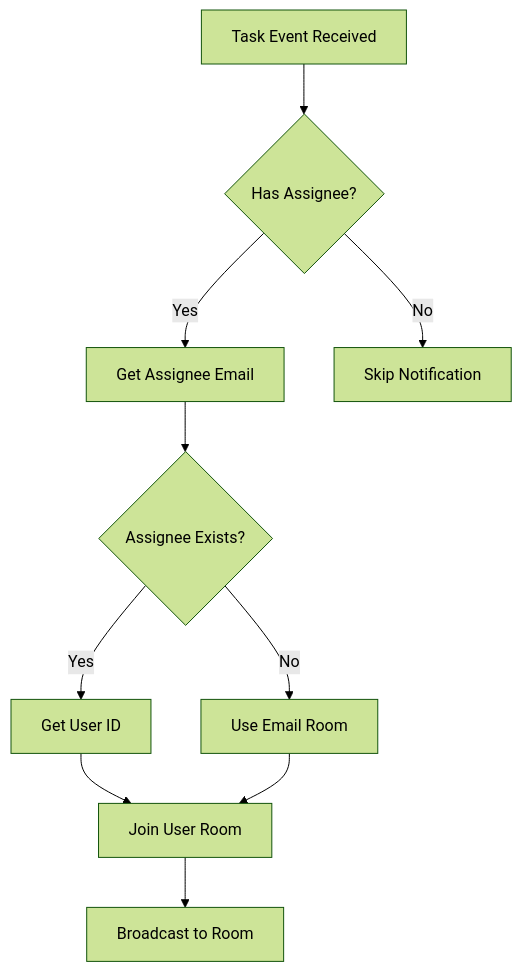
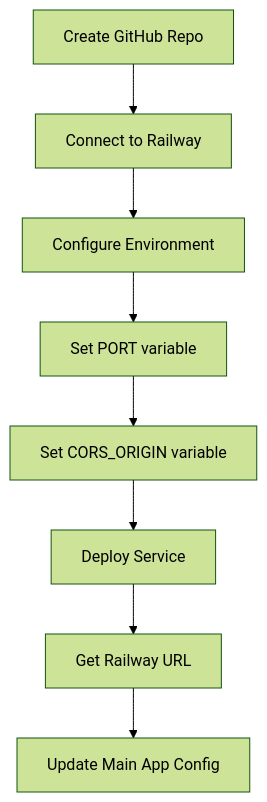
One commit to anshsharmacse/taskflow-socket changed the seventh of 11 diagrams in README.md. Above: the diagram before and after it, drawn with Mermaid (forest theme). The commit also changed other lines of this file, not shown here.

````diff
--- a/README.md
+++ b/README.md
@@ -207,12 +299,10 @@
 ```mermaid
 flowchart TD
-    A[Task Event Received] --> B{Has Assignee?}
-    B -->|Yes| C[Get Assignee Email]
-    B -->|No| D[Skip Notification]
-    C --> E{Assignee Exists?}
-    E -->|Yes| F[Get User ID]
-    E -->|No| G[Use Email Room]
-    F --> H[Join User Room]
-    G --> H
-    H --> I[Broadcast to Room]
+    A[Create GitHub Repo] --> B[Connect to Railway]
+    B --> C[Configure Environment]
+    C --> D[Set PORT variable]
+    D --> E[Set CORS_ORIGIN variable]
+    E --> F[Deploy Service]
+    F --> G[Get Railway URL]
+    G --> H[Update Main App Config]
 ```
````
